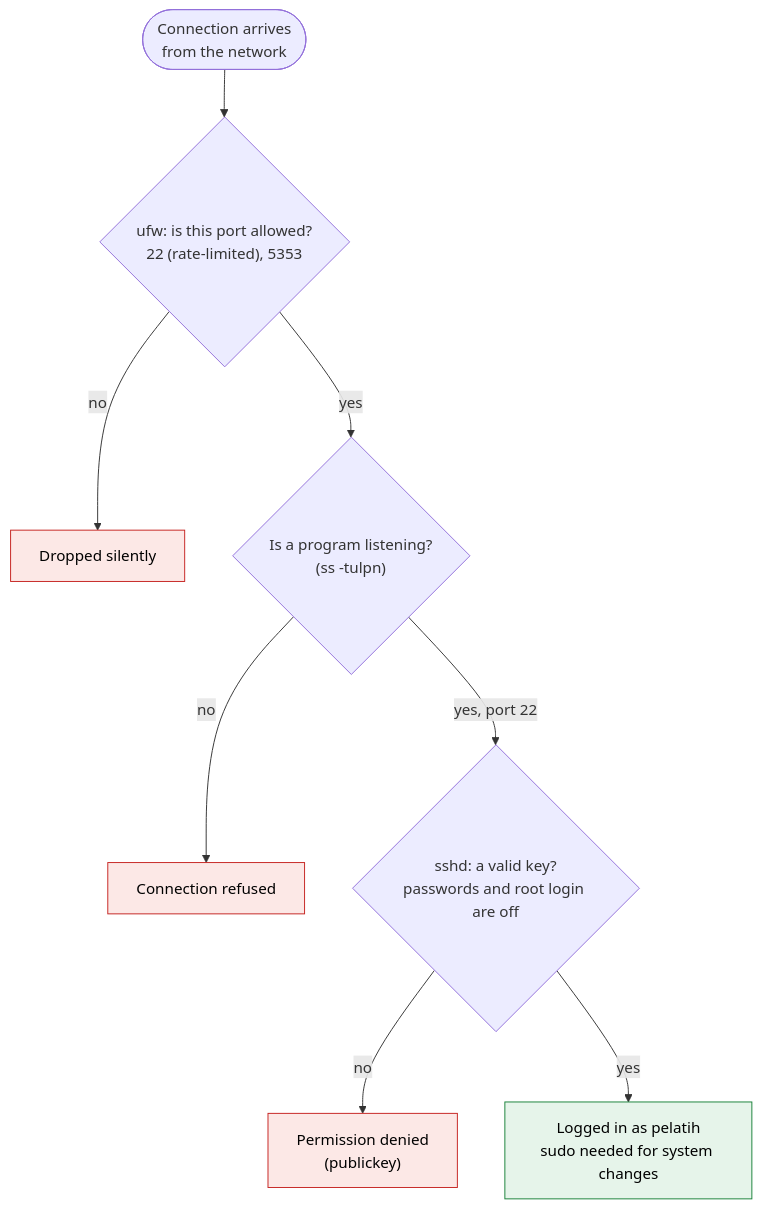
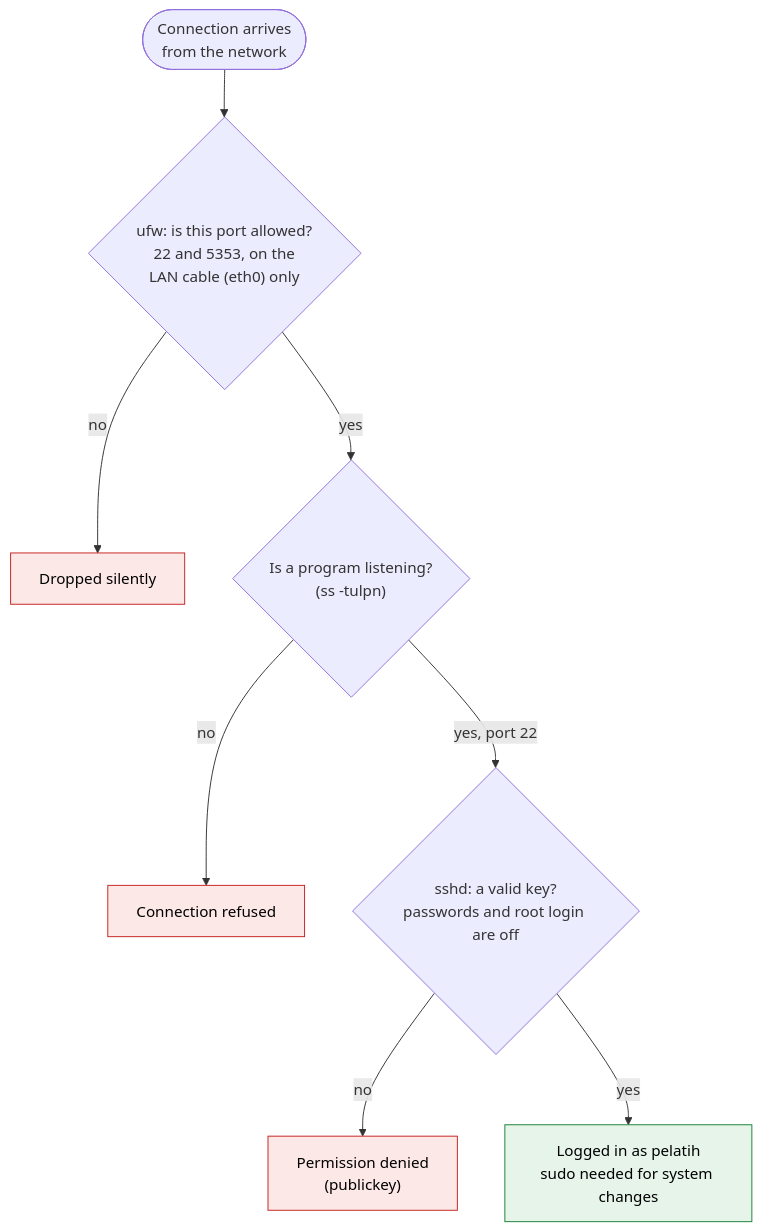
Diagram 13 of 23 in day1.md (luqmanyusof/industrial-iot-raspberry-pi), drawn with Mermaid before and after one commit. The commit also changed other lines of this file and 2 other files, not shown here.

First line of the commit message:
Day 1: Pi on two networks (internet via laptop LAN cable, plant via ESP32 Wi-Fi AP)

````diff
--- a/day1.md
+++ b/day1.md
@@ -688,14 +756,14 @@
 ```mermaid
 flowchart TD
-    pkt(["Connection arrives<br/>from the network"]) --> fw{"ufw: is this port allowed?<br/>22 (rate-limited), 5353"}
+    pkt(["Connection arrives<br/>from the network"]) --> fw{"ufw: is this port allowed?<br/>22 and 5353, on the<br/>LAN cable (eth0) only"}
     fw -- "no" --> drop["Dropped silently"]
     fw -- "yes" --> listen{"Is a program listening?<br/>(ss -tulpn)"}
     listen -- "no" --> refused["Connection refused"]
     listen -- "yes, port 22" --> key{"sshd: a valid key?<br/>passwords and root login are off"}
     key -- "no" --> denied["Permission denied<br/>(publickey)"]
     key -- "yes" --> user["Logged in as pelatih<br/>sudo needed for system changes"]
     classDef bad fill:#fce8e6,stroke:#c5221f,color:#000
     classDef good fill:#e6f4ea,stroke:#188038,color:#000
     class drop,refused,denied bad
     class user good
 ```
````
